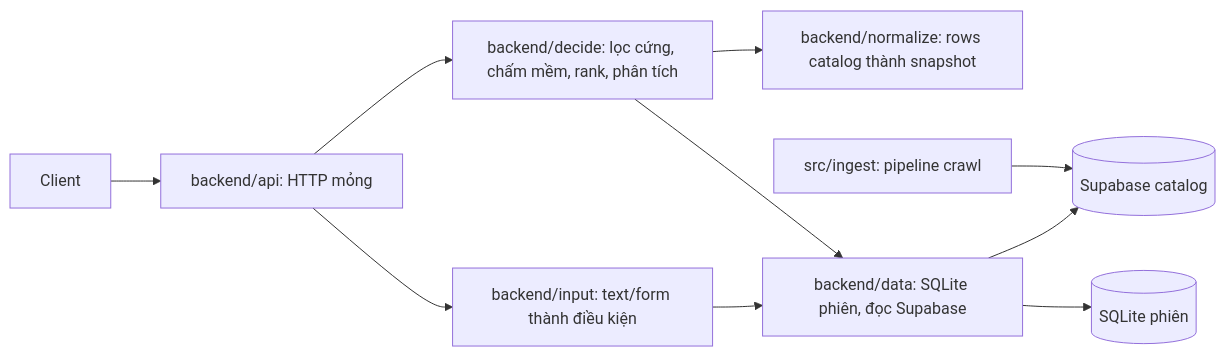
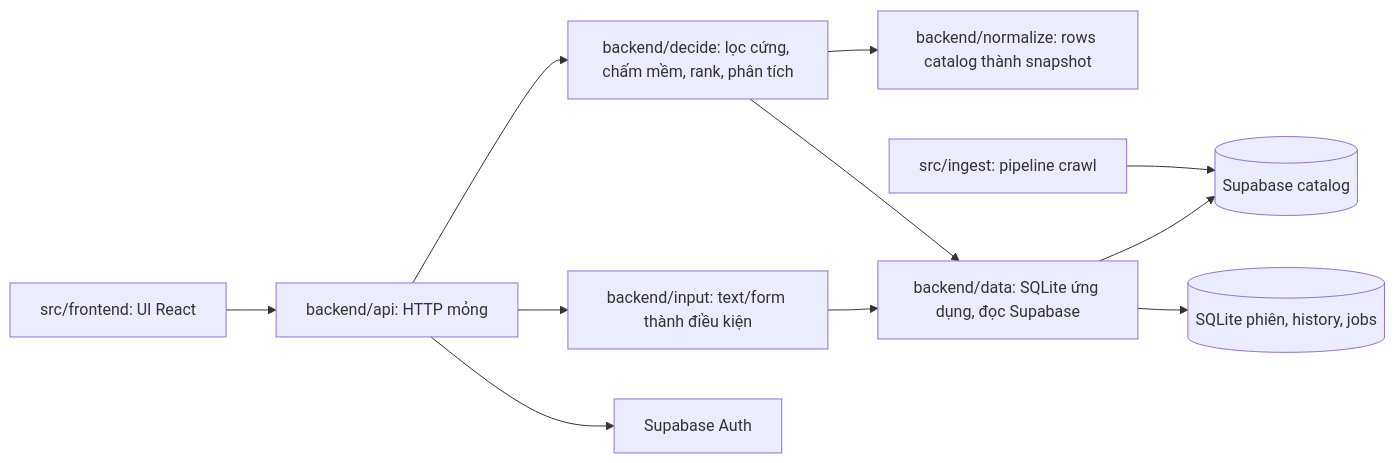
The diagram in docs/system-architecture.md (graviton711/HCMUS-x-HCMUT---TMA), drawn with Mermaid before and after one commit. The commit also changed other lines of this file and 6 other files, not shown here.

Commit message:
docs: define unified frontend and backend integration

````diff
--- a/docs/system-architecture.md
+++ b/docs/system-architecture.md
@@ -5,12 +5,13 @@
 ```mermaid
 flowchart LR
-    Client --> API[backend/api: HTTP mỏng]
+    Client[src/frontend: UI React] --> API[backend/api: HTTP mỏng]
     API --> Input[backend/input: text/form thành điều kiện]
     API --> Decide[backend/decide: lọc cứng, chấm mềm, rank, phân tích]
     Decide --> Norm[backend/normalize: rows catalog thành snapshot]
-    Decide --> Data[backend/data: SQLite phiên, đọc Supabase]
+    Decide --> Data[backend/data: SQLite ứng dụng, đọc Supabase]
     Input --> Data
     Ingest[src/ingest: pipeline crawl] --> Catalog[(Supabase catalog)]
     Data --> Catalog
-    Data --> SQLite[(SQLite phiên)]
+    Data --> SQLite[(SQLite phiên, history, jobs)]
+    API --> Auth[Supabase Auth]
 ```
````
